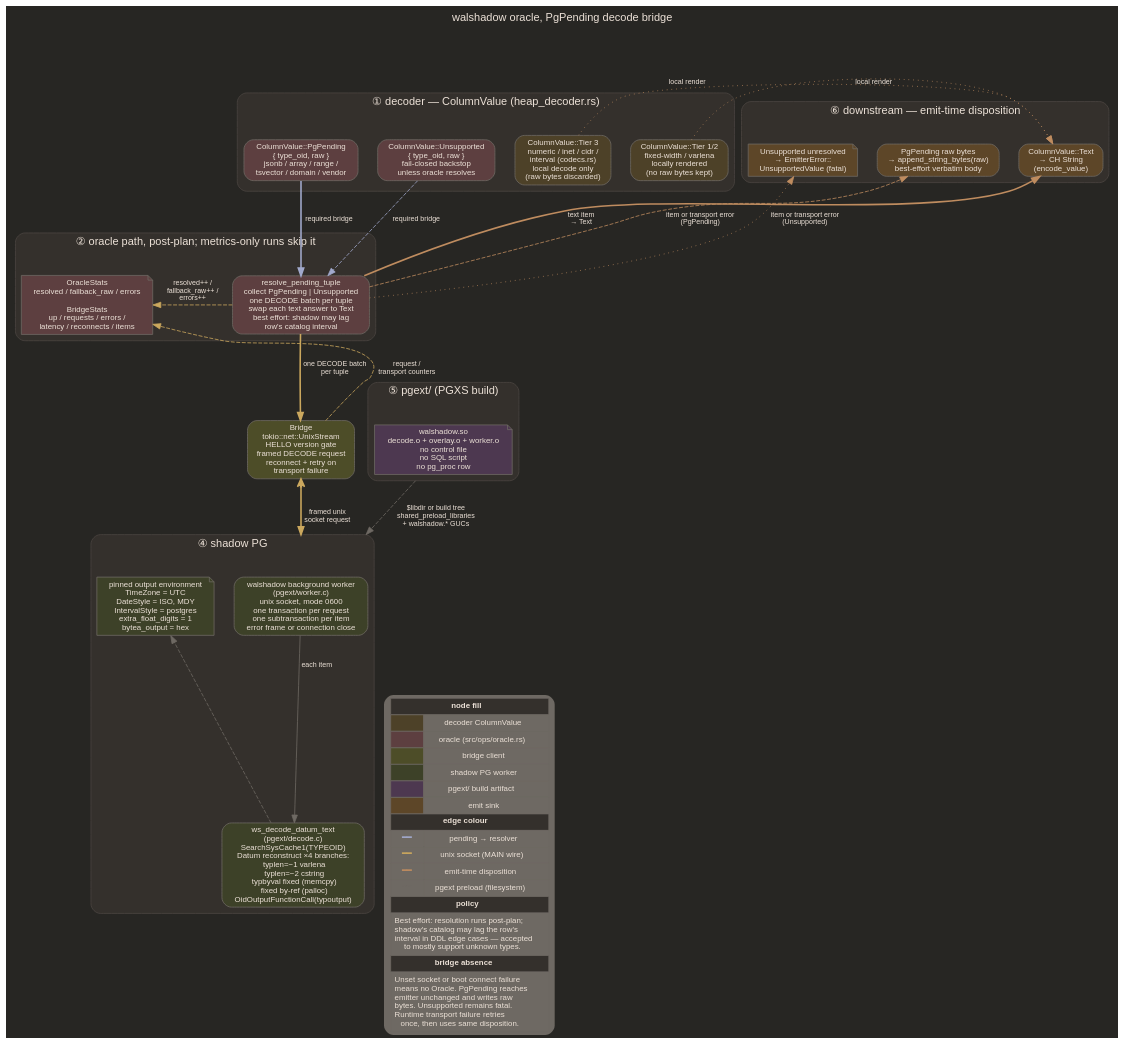
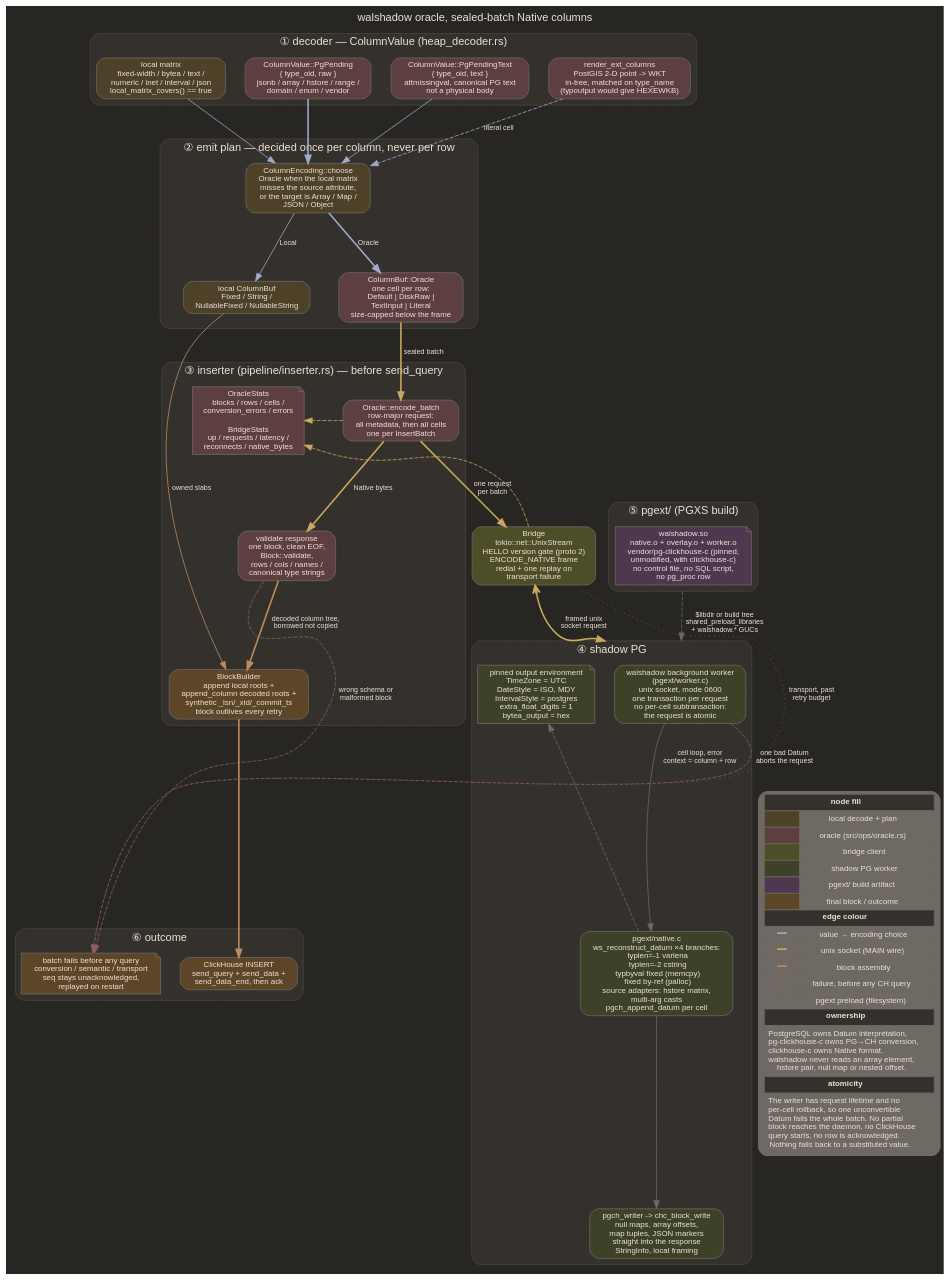
Before and after one commit to ClickHouse/walshadow: the diagram in architecture/oracle.dot, drawn with Graphviz. The commit also changed 57 other files, not shown here.

Commit message:
oracle: respond with native blocks

```diff
--- a/architecture/oracle.dot
+++ b/architecture/oracle.dot
@@ -1,108 +1,125 @@
-// walshadow, PgPending decode oracle
-// PgPending resolver path over a unix socket into shadow PG's preloaded
-// worker. Per-item and transport fallback stay visible.
+// walshadow, sealed-batch Native oracle
+// Columns walshadow does not decode cross a unix socket to shadow PG's
+// preloaded worker, which returns one partial ClickHouse Native block per
+// sealed batch. Request atomicity and the splice stay visible.
 //
 // regeneration spec:
-// sources of truth: plans/oracle.md · pgext/ · src/ oracle-path module (grep src/ for oracle|pending)
-// subsumes: plans/oracle.md § resolver flow + worker surface + failure semantics
+// sources of truth: plans/oracle.md · pgext/ · src/ops/oracle.rs · src/emit/pipeline/inserter.rs
+// subsumes: plans/oracle.md § routing + protocol v2 + splicing + failure semantics
 // quality bar:
-//   - required bridge path stays legible
-//   - batched socket round-trip reads as one canonical orange edge
-//   - fallback path visually distinct from main path
+//   - one request per sealed batch reads as one canonical orange edge
+//   - the splice (local slabs + decoded columns into one block) stays legible
+//   - failure paths never reach ClickHouse
 // shared style: palette.md
 digraph oracle {
   rankdir=TB;
   compound=true;
-  graph [fontname="Helvetica", labelloc="t", label="walshadow oracle, PgPending decode bridge", fontsize=14, splines=spline, nodesep=0.35, ranksep=0.9, bgcolor="#272623", fontcolor="#ECE1D7"];
+  graph [fontname="Helvetica", labelloc="t", label="walshadow oracle, sealed-batch Native columns", fontsize=14, splines=spline, nodesep=0.35, ranksep=0.9, bgcolor="#272623", fontcolor="#ECE1D7"];
   node  [fontname="Helvetica", fontsize=10, shape=box, style="rounded,filled", color="#6E6963", fontcolor="#ECE1D7"];
   edge  [fontname="Helvetica", fontsize=9, color="#c1a78e", fontcolor="#ECE1D7"];
 
   // ════════ ① decoder hand-off ════════
   subgraph cluster_decoder {
     label="① decoder — ColumnValue (heap_decoder.rs)"; style="rounded,filled"; color="#4c4641"; fillcolor="#34302c"; fontcolor="#ECE1D7";
-    tier12 [label="ColumnValue::Tier 1/2\nfixed-width / varlena\nlocally rendered\n(no raw bytes kept)", fillcolor="#4D4128"];
-    tier3  [label="ColumnValue::Tier 3\nnumeric / inet / cidr /\ninterval (codecs.rs)\nlocal decode only\n(raw bytes discarded)", fillcolor="#4D4128"];
-    pend   [label="ColumnValue::PgPending\n{ type_oid, raw }\njsonb / array / range /\ntsvector / domain / vendor", fillcolor="#5D3F40"];
-    unsup  [label="ColumnValue::Unsupported\n{ type_oid, raw }\nfail-closed backstop\nunless oracle resolves", fillcolor="#5D3F40"];
+    local  [label="local matrix\nfixed-width / bytea / text /\nnumeric / inet / interval / json\nlocal_matrix_covers() == true", fillcolor="#4D4128"];
+    pend   [label="ColumnValue::PgPending\n{ type_oid, raw }\njsonb / array / hstore / range /\ndomain / enum / vendor", fillcolor="#5D3F40"];
+    pendtx [label="ColumnValue::PgPendingText\n{ type_oid, text }\nattmissingval, canonical PG text\nnot a physical body", fillcolor="#5D3F40"];
+    wkt    [label="render_ext_columns\nPostGIS 2-D point -> WKT\nin-tree, matched on type_name\n(typoutput would give HEXEWKB)", fillcolor="#5D3F40"];
   }
 
-  // ════════ ② oracle decode path ════════
-  subgraph cluster_oracle {
-    label="② oracle path, post-plan; metrics-only runs skip it"; style="rounded,filled"; color="#4c4641"; fillcolor="#34302c"; fontcolor="#ECE1D7";
-    resolve  [label="resolve_pending_tuple\ncollect PgPending | Unsupported\none DECODE batch per tuple\nswap each text answer to Text\nbest effort: shadow may lag\nrow's catalog interval", fillcolor="#5D3F40"];
-    stats    [label="OracleStats\nresolved / fallback_raw / errors\n\nBridgeStats\nup / requests / errors /\nlatency / reconnects / items", fillcolor="#5D3F40", shape=note];
+  // ════════ ② plan + accumulate ════════
+  subgraph cluster_plan {
+    label="② emit plan — decided once per column, never per row"; style="rounded,filled"; color="#4c4641"; fillcolor="#34302c"; fontcolor="#ECE1D7";
+    choose [label="ColumnEncoding::choose\nOracle when the local matrix\nmisses the source attribute,\nor the target is Array / Map /\nJSON / Object", fillcolor="#4D4128"];
+    slab   [label="local ColumnBuf\nFixed / String /\nNullableFixed / NullableString", fillcolor="#4D4128"];
+    ocol   [label="ColumnBuf::Oracle\none cell per row:\nDefault | DiskRaw |\nTextInput | Literal\nsize-capped below the frame", fillcolor="#5D3F40"];
   }
 
-  // ════════ ③ bridge client ════════
-  client [label="Bridge\ntokio::net::UnixStream\nHELLO version gate\nframed DECODE request\nreconnect + retry on\ntransport failure", fillcolor="#4D4D28"];
+  // ════════ ③ inserter, one request per sealed batch ════════
+  subgraph cluster_inserter {
+    label="③ inserter (pipeline/inserter.rs) — before send_query"; style="rounded,filled"; color="#4c4641"; fillcolor="#34302c"; fontcolor="#ECE1D7";
+    encode [label="Oracle::encode_batch\nrow-major request:\nall metadata, then all cells\none per InsertBatch", fillcolor="#5D3F40"];
+    verify [label="validate response\none block, clean EOF,\nBlock::validate,\nrows / cols / names /\ncanonical type strings", fillcolor="#5D3F40"];
+    splice [label="BlockBuilder\nappend local roots +\nappend_column decoded roots +\nsynthetic _lsn/_xid/_commit_ts\nblock outlives every retry", fillcolor="#5D4628"];
+    stats  [label="OracleStats\nblocks / rows / cells /\nconversion_errors / errors\n\nBridgeStats\nup / requests / latency /\nreconnects / native_bytes", fillcolor="#5D3F40", shape=note];
+  }
+
+  client [label="Bridge\ntokio::net::UnixStream\nHELLO version gate (proto 2)\nENCODE_NATIVE frame\nredial + one replay on\ntransport failure", fillcolor="#4D4D28"];
 
   // ════════ ④ shadow PG + preloaded worker ════════
   subgraph cluster_shadow {
     label="④ shadow PG"; style="rounded,filled"; color="#4c4641"; fillcolor="#34302c"; fontcolor="#ECE1D7";
-    worker [label="walshadow background worker\n(pgext/worker.c)\nunix socket, mode 0600\none transaction per request\none subtransaction per item\nerror frame or connection close", fillcolor="#3D4128"];
-    decode [label="ws_decode_datum_text\n(pgext/decode.c)\nSearchSysCache1(TYPEOID)\nDatum reconstruct ×4 branches:\n  typlen=−1 varlena\n  typlen=−2 cstring\n  typbyval fixed (memcpy)\n  fixed by-ref (palloc)\nOidOutputFunctionCall(typoutput)", fillcolor="#3D4128"];
+    worker [label="walshadow background worker\n(pgext/worker.c)\nunix socket, mode 0600\none transaction per request\nno per-cell subtransaction:\nthe request is atomic", fillcolor="#3D4128"];
+    native [label="pgext/native.c\nws_reconstruct_datum ×4 branches:\n  typlen=-1 varlena\n  typlen=-2 cstring\n  typbyval fixed (memcpy)\n  fixed by-ref (palloc)\nsource adapters: hstore matrix,\nmulti-arg casts\npgch_append_datum per cell", fillcolor="#3D4128"];
+    writer [label="pgch_writer -> chc_block_write\nnull maps, array offsets,\nmap tuples, JSON markers\nstraight into the response\nStringInfo, local framing", fillcolor="#3D4128"];
     env    [label="pinned output environment\nTimeZone = UTC\nDateStyle = ISO, MDY\nIntervalStyle = postgres\nextra_float_digits = 1\nbytea_output = hex", fillcolor="#3D4128", shape=note];
   }
 
   // ════════ ⑤ pgext build artifact ════════
   subgraph cluster_pgext {
     label="⑤ pgext/ (PGXS build)"; style="rounded,filled"; color="#4c4641"; fillcolor="#34302c"; fontcolor="#ECE1D7";
-    artifact [label="walshadow.so\ndecode.o + overlay.o + worker.o\nno control file\nno SQL script\nno pg_proc row", fillcolor="#4D3850", shape=note];
+    artifact [label="walshadow.so\nnative.o + overlay.o + worker.o\nvendor/pg-clickhouse-c (pinned,\nunmodified, with clickhouse-c)\nno control file, no SQL script,\nno pg_proc row", fillcolor="#4D3850", shape=note];
   }
 
-  // ════════ ⑥ emit sinks (downstream branch off oracle) ════════
-  subgraph cluster_emit {
-    label="⑥ downstream — emit-time disposition"; style="rounded,filled"; color="#4c4641"; fillcolor="#34302c"; fontcolor="#ECE1D7";
-    emit_text [label="ColumnValue::Text\n→ CH String\n(encode_value)", fillcolor="#5D4628"];
-    emit_raw  [label="PgPending raw bytes\n→ append_string_bytes(raw)\nbest-effort verbatim body", fillcolor="#5D4628"];
-    emit_fail [label="Unsupported unresolved\n→ EmitterError::\nUnsupportedValue (fatal)", fillcolor="#5D4628", shape=note];
+  // ════════ ⑥ terminal states ════════
+  subgraph cluster_out {
+    label="⑥ outcome"; style="rounded,filled"; color="#4c4641"; fillcolor="#34302c"; fontcolor="#ECE1D7";
+    ch     [label="ClickHouse INSERT\nsend_query + send_data +\nsend_data_end, then ack", fillcolor="#5D4628"];
+    fail   [label="batch fails before any query\nconversion / semantic / transport\nseq stays unacknowledged,\nreplayed on restart", fillcolor="#5D4628", shape=note];
   }
 
-  // ─── main flow edges (LR spine, high weight) ───
-  pend    -> resolve  [color="#A1A9CC", penwidth=2, label="required bridge", weight=10];
-  unsup   -> resolve  [color="#A1A9CC", style=dashed, label="required bridge", weight=5];
-  resolve -> client   [color="#CBA85E", penwidth=2, label="one DECODE batch\nper tuple", weight=10];
-  client  -> worker   [color="#CBA85E", penwidth=2, dir=both, arrowtail=open, lhead=cluster_shadow, label="framed unix\nsocket request", weight=10];
+  // ─── main spine ───
+  local   -> choose [color="#A1A9CC", weight=10];
+  pend    -> choose [color="#A1A9CC", penwidth=2, weight=10];
+  pendtx  -> choose [color="#A1A9CC", weight=5];
+  wkt     -> choose [color="#A1A9CC", style=dashed, label="literal cell", weight=5];
+  choose  -> slab   [color="#A1A9CC", label="Local"];
+  choose  -> ocol   [color="#A1A9CC", penwidth=2, label="Oracle"];
+  ocol    -> encode [color="#CBA85E", penwidth=2, label="sealed batch", weight=10];
+  encode  -> client [color="#CBA85E", penwidth=2, label="one request\nper batch", weight=10];
+  client  -> worker [color="#CBA85E", penwidth=2, dir=both, arrowtail=open, lhead=cluster_shadow, label="framed unix\nsocket request", weight=10];
+  encode  -> verify [color="#CBA85E", penwidth=2, label="Native bytes"];
+  verify  -> splice [color="#BF8C5F", penwidth=2, label="decoded column tree,\nborrowed not copied"];
+  slab    -> splice [color="#BF8C5F", label="owned slabs"];
+  splice  -> ch     [color="#BF8C5F", penwidth=2];
 
-  // ─── local tiers never reach the oracle ───
-  tier12 -> emit_text [color="#BF8C5F", style=dotted, constraint=false, label="local render"];
-  tier3  -> emit_text [color="#BF8C5F", style=dotted, constraint=false, label="local render"];
-
-  // ─── shadow internal: worker calls decode under pinned output GUCs ───
-  worker -> decode [color="#6E6963", label="each item"];
-  decode -> env    [style=dashed, color="#6E6963", constraint=false];
+  // ─── shadow internals ───
+  worker -> native [color="#6E6963", label="cell loop, error\ncontext = column + row"];
+  native -> writer [color="#6E6963"];
+  native -> env    [style=dashed, color="#6E6963", constraint=false];
 
   // ─── pgext preload edge ───
   artifact -> worker [style=dashed, color="#6E6963", lhead=cluster_shadow, ltail=cluster_pgext, label="$libdir or build tree\nshared_preload_libraries\n+ walshadow.* GUCs"];
 
-  // ─── stats fan-in (off-axis, constraint=false) ───
-  resolve  -> stats [style=dashed, color="#CBA85E", constraint=false, label="resolved++ /\nfallback_raw++ /\nerrors++"];
-  client   -> stats [style=dashed, color="#CBA85E", constraint=false, label="request /\ntransport counters"];
+  // ─── failure fan-out ───
+  worker -> fail [color="#8F5D5D", style=dashed, constraint=false, label="one bad Datum\naborts the request"];
+  verify -> fail [color="#8F5D5D", style=dashed, constraint=false, label="wrong schema or\nmalformed block"];
+  client -> fail [color="#8F5D5D", style=dotted, constraint=false, label="transport, past\nretry budget"];
 
-  // ─── emit disposition (off-axis fan-out from oracle) ───
-  resolve  -> emit_text [color="#BF8C5F", penwidth=2, constraint=false, label="text item\n→ Text"];
-  resolve  -> emit_raw  [color="#BF8C5F", style=dashed, constraint=false, label="item or transport error\n(PgPending)"];
-  resolve  -> emit_fail [color="#BF8C5F", style=dotted, constraint=false, label="item or transport error\n(Unsupported)"];
+  // ─── stats fan-in ───
+  encode -> stats [style=dashed, color="#CBA85E", constraint=false];
+  client -> stats [style=dashed, color="#CBA85E", constraint=false];
 
   // ─── Legend ───
   legend [shape=plaintext, label=<
     <TABLE BORDER="0" CELLBORDER="1" CELLSPACING="0" CELLPADDING="4">
       <TR><TD COLSPAN="2" BGCOLOR="#34302c"><B>node fill</B></TD></TR>
-      <TR><TD BGCOLOR="#4D4128" WIDTH="20"></TD><TD>decoder ColumnValue</TD></TR>
+      <TR><TD BGCOLOR="#4D4128" WIDTH="20"></TD><TD>local decode + plan</TD></TR>
       <TR><TD BGCOLOR="#5D3F40"></TD><TD>oracle (src/ops/oracle.rs)</TD></TR>
       <TR><TD BGCOLOR="#4D4D28"></TD><TD>bridge client</TD></TR>
       <TR><TD BGCOLOR="#3D4128"></TD><TD>shadow PG worker</TD></TR>
       <TR><TD BGCOLOR="#4D3850"></TD><TD>pgext/ build artifact</TD></TR>
-      <TR><TD BGCOLOR="#5D4628"></TD><TD>emit sink</TD></TR>
+      <TR><TD BGCOLOR="#5D4628"></TD><TD>final block / outcome</TD></TR>
       <TR><TD COLSPAN="2" BGCOLOR="#34302c"><B>edge colour</B></TD></TR>
-      <TR><TD><FONT COLOR="#A1A9CC"><B>━━</B></FONT></TD><TD>pending → resolver</TD></TR>
+      <TR><TD><FONT COLOR="#A1A9CC"><B>━━</B></FONT></TD><TD>value → encoding choice</TD></TR>
       <TR><TD><FONT COLOR="#CBA85E"><B>━━</B></FONT></TD><TD>unix socket (MAIN wire)</TD></TR>
-      <TR><TD><FONT COLOR="#BF8C5F"><B>━━</B></FONT></TD><TD>emit-time disposition</TD></TR>
+      <TR><TD><FONT COLOR="#BF8C5F"><B>━━</B></FONT></TD><TD>block assembly</TD></TR>
+      <TR><TD><FONT COLOR="#8F5D5D"><B>┄┄</B></FONT></TD><TD>failure, before any CH query</TD></TR>
       <TR><TD><FONT COLOR="#6E6963"><B>┄┄</B></FONT></TD><TD>pgext preload (filesystem)</TD></TR>
-      <TR><TD COLSPAN="2" BGCOLOR="#34302c"><B>policy</B></TD></TR>
-      <TR><TD COLSPAN="2" ALIGN="LEFT">Best effort: resolution runs post-plan;<BR ALIGN="LEFT"/>shadow's catalog may lag the row's<BR ALIGN="LEFT"/>interval in DDL edge cases — accepted<BR ALIGN="LEFT"/>to mostly support unknown types.</TD></TR>
-      <TR><TD COLSPAN="2" BGCOLOR="#34302c"><B>bridge absence</B></TD></TR>
-      <TR><TD COLSPAN="2" ALIGN="LEFT">Unset socket or boot connect failure<BR ALIGN="LEFT"/>means no Oracle. PgPending reaches<BR ALIGN="LEFT"/>emitter unchanged and writes raw<BR ALIGN="LEFT"/>bytes. Unsupported remains fatal.<BR ALIGN="LEFT"/>Runtime transport failure retries<BR ALIGN="LEFT"/>once, then uses same disposition.</TD></TR>
+      <TR><TD COLSPAN="2" BGCOLOR="#34302c"><B>ownership</B></TD></TR>
+      <TR><TD COLSPAN="2" ALIGN="LEFT">PostgreSQL owns Datum interpretation,<BR ALIGN="LEFT"/>pg-clickhouse-c owns PG→CH conversion,<BR ALIGN="LEFT"/>clickhouse-c owns Native format.<BR ALIGN="LEFT"/>walshadow never reads an array element,<BR ALIGN="LEFT"/>hstore pair, null map or nested offset.</TD></TR>
+      <TR><TD COLSPAN="2" BGCOLOR="#34302c"><B>atomicity</B></TD></TR>
+      <TR><TD COLSPAN="2" ALIGN="LEFT">The writer has request lifetime and no<BR ALIGN="LEFT"/>per-cell rollback, so one unconvertible<BR ALIGN="LEFT"/>Datum fails the whole batch. No partial<BR ALIGN="LEFT"/>block reaches the daemon, no ClickHouse<BR ALIGN="LEFT"/>query starts, no row is acknowledged.<BR ALIGN="LEFT"/>Nothing falls back to a substituted value.</TD></TR>
     </TABLE>
   >];
   worker -> legend [style=invis];
```
